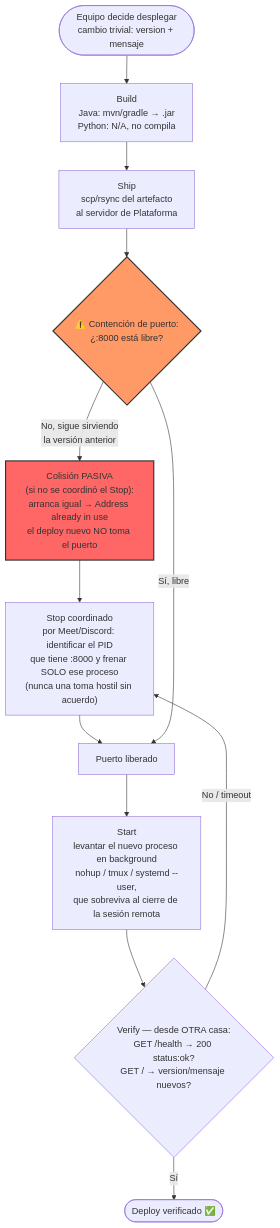
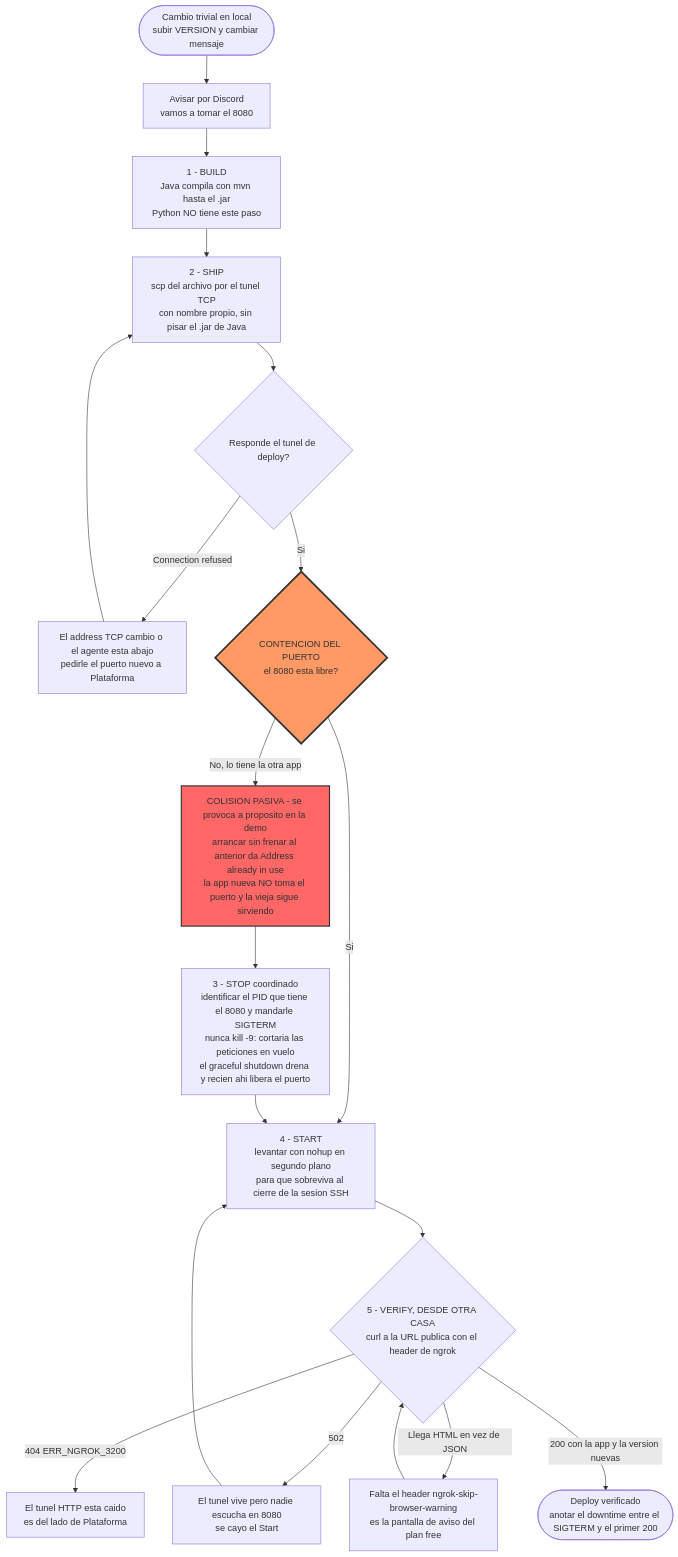
Before and after one commit to mnomico/sdypp_tarea: the second of 2 diagrams in README.md, drawn with Mermaid. The commit also changed other lines of this file and 1 other file, not shown here.

Commit message:
Acomodo el flujo a ngrok

````diff
--- a/README.md
+++ b/README.md
@@ -84,25 +100,34 @@
 ```mermaid
 flowchart TD
-    START(["Equipo decide desplegar<br/>cambio trivial: version + mensaje"]) --> BUILD
+    START(["Cambio trivial en local<br/>subir VERSION y cambiar mensaje"]) --> AVISO
+    AVISO["Avisar por Discord<br/>vamos a tomar el 8080"] --> BUILD
 
-    BUILD["Build<br/>Java: mvn/gradle → .jar<br/>Python: N/A, no compila"] --> SHIP
-    SHIP["Ship<br/>scp/rsync del artefacto<br/>al servidor de Plataforma"] --> CHECK
+    BUILD["1 - BUILD<br/>Java compila con mvn hasta el .jar<br/>Python NO tiene este paso"] --> SHIP
+    SHIP["2 - SHIP<br/>scp del archivo por el tunel TCP<br/>con nombre propio, sin pisar el .jar de Java"] --> TUNEL
 
-    CHECK{"⚠️ Contención de puerto:<br/>¿:8000 está libre?"} -- "No, sigue sirviendo<br/>la versión anterior" --> COLISION
+    TUNEL{"Responde el tunel de deploy?"}
+    TUNEL -->|"Connection refused"| CAIDO["El address TCP cambio o el agente esta abajo<br/>pedirle el puerto nuevo a Plataforma"]
+    CAIDO --> SHIP
+    TUNEL -->|"Si"| CHECK
 
-    COLISION["Colisión PASIVA<br/>(si no se coordinó el Stop):<br/>arranca igual → Address already in use<br/>el deploy nuevo NO toma el puerto"] --> STOP
+    CHECK{"CONTENCION DEL PUERTO<br/>el 8080 esta libre?"}
+    CHECK -->|"No, lo tiene la otra app"| COLISION
+    CHECK -->|"Si"| STARTP
 
-    STOP["Stop coordinado<br/>por Meet/Discord: identificar el PID<br/>que tiene :8000 y frenar SOLO ese proceso<br/>(nunca una toma hostil sin acuerdo)"] --> FREE
+    COLISION["COLISION PASIVA - se provoca a proposito en la demo<br/>arrancar sin frenar al anterior da Address already in use<br/>la app nueva NO toma el puerto y la vieja sigue sirviendo"] --> STOP
 
-    CHECK -- "Sí, libre" --> FREE
-    FREE["Puerto liberado"] --> STARTSTEP
+    STOP["3 - STOP coordinado<br/>identificar el PID que tiene el 8080 y mandarle SIGTERM<br/>nunca kill -9: cortaria las peticiones en vuelo<br/>el graceful shutdown drena y recien ahi libera el puerto"] --> STARTP
 
-    STARTSTEP["Start<br/>levantar el nuevo proceso en background<br/>nohup / tmux / systemd --user,<br/>que sobreviva al cierre de la sesión remota"] --> VERIFY
+    STARTP["4 - START<br/>levantar con nohup en segundo plano<br/>para que sobreviva al cierre de la sesion SSH"] --> VERIFY
 
-    VERIFY{"Verify — desde OTRA casa:<br/>GET /health → 200 status:ok?<br/>GET / → version/mensaje nuevos?"}
-    VERIFY -- "No / timeout" --> STOP
-    VERIFY -- "Sí" --> DONE(["Deploy verificado ✅"])
+    VERIFY{"5 - VERIFY, DESDE OTRA CASA<br/>curl a la URL publica con el header de ngrok"}
+    VERIFY -->|"404 ERR_NGROK_3200"| E404["El tunel HTTP esta caido<br/>es del lado de Plataforma"]
+    VERIFY -->|"502"| E502["El tunel vive pero nadie escucha en 8080<br/>se cayo el Start"]
+    E502 --> STARTP
+    VERIFY -->|"Llega HTML en vez de JSON"| EHTML["Falta el header ngrok-skip-browser-warning<br/>es la pantalla de aviso del plan free"]
+    EHTML --> VERIFY
+    VERIFY -->|"200 con la app y la version nuevas"| OK(["Deploy verificado<br/>anotar el downtime entre el SIGTERM y el primer 200"])
 
-    style CHECK fill:#f96,stroke:#333,stroke-width:2px
+    style CHECK fill:#f96,stroke:#333,stroke-width:3px
     style COLISION fill:#f66,stroke:#333,stroke-width:2px
 ```
````
